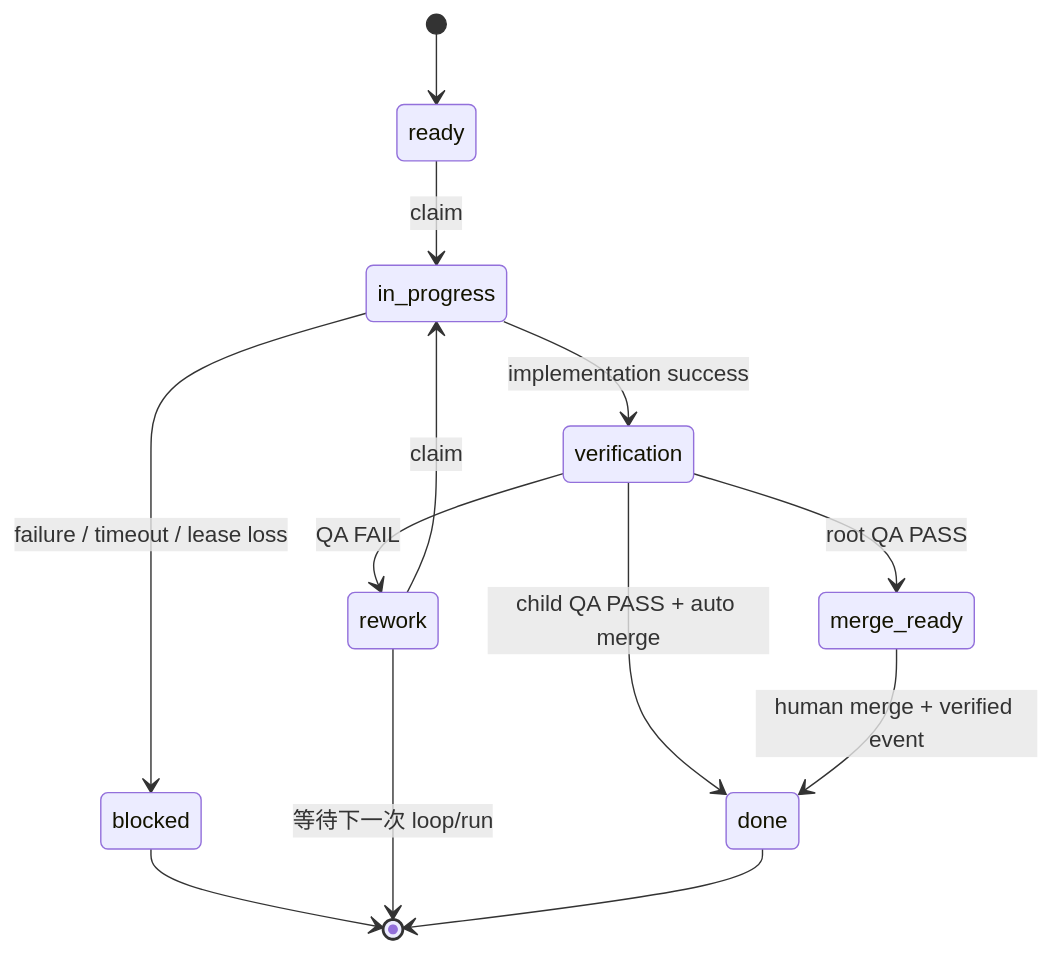
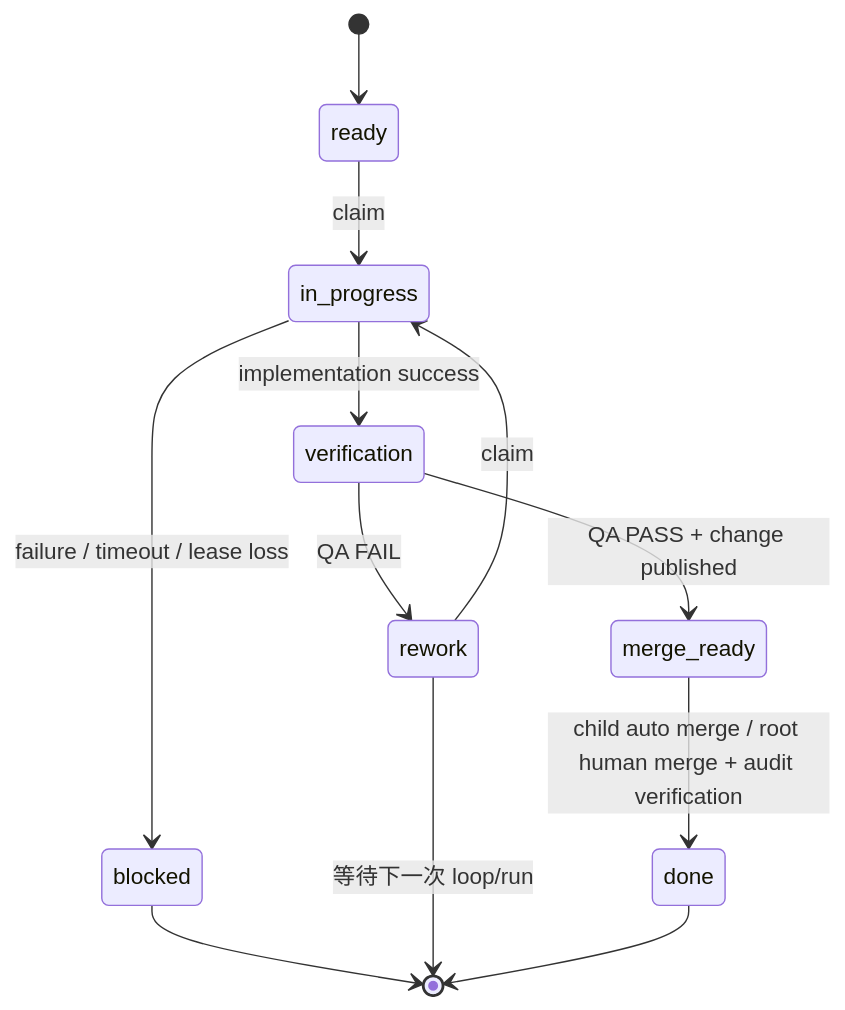
The second of 2 diagrams in docs/architecture/full-workflow-e2e-architecture.md (easyhaloo/afk), drawn with Mermaid before and after one commit. The commit also changed other lines of this file and 2 other files, not shown here.

````diff
--- a/docs/architecture/full-workflow-e2e-architecture.md
+++ b/docs/architecture/full-workflow-e2e-architecture.md
@@ -213,15 +219,14 @@
 ```mermaid
 stateDiagram-v2
     [*] --> ready
     ready --> in_progress: claim
     rework --> in_progress: claim
     in_progress --> verification: implementation success
     in_progress --> blocked: failure / timeout / lease loss
     verification --> rework: QA FAIL
-    verification --> merge_ready: root QA PASS
-    verification --> done: child QA PASS + auto merge
-    merge_ready --> done: human merge + verified event
+    verification --> merge_ready: QA PASS + change published
+    merge_ready --> done: child auto merge / root human merge + audit verification
     blocked --> [*]
     rework --> [*]: 等待下一次 loop/run
     done --> [*]
 ```
````
